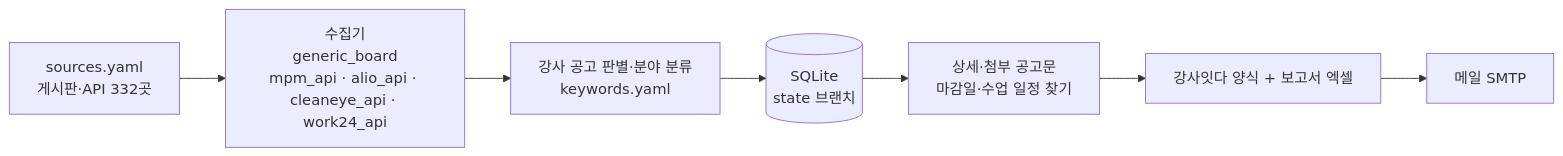
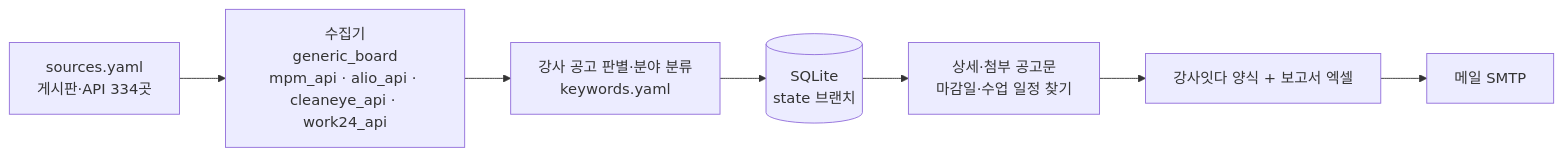
The diagram in docs/DESIGN.md (thskal17-sudo/busan-school-company), drawn with Mermaid before and after one commit. The commit also changed 3 other files, not shown here.

````diff
--- a/docs/DESIGN.md
+++ b/docs/DESIGN.md
@@ -32,9 +32,9 @@
 ```mermaid
 flowchart LR
-    S[sources.yaml<br/>게시판·API 332곳] --> C[수집기<br/>generic_board<br/>mpm_api · alio_api · cleaneye_api · work24_api]
+    S[sources.yaml<br/>게시판·API 334곳] --> C[수집기<br/>generic_board<br/>mpm_api · alio_api · cleaneye_api · work24_api]
     C --> F[강사 공고 판별·분야 분류<br/>keywords.yaml]
     F --> D[(SQLite<br/>state 브랜치)]
     D --> I[상세·첨부 공고문<br/>마감일·수업 일정 찾기]
     I --> X[강사잇다 양식 + 보고서 엑셀]
     X --> M[메일 SMTP]
 ```
````
